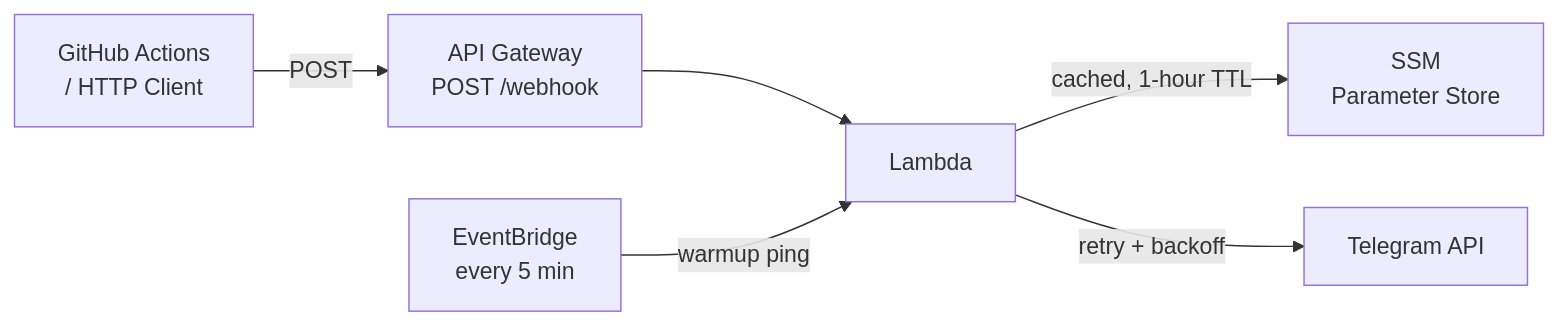
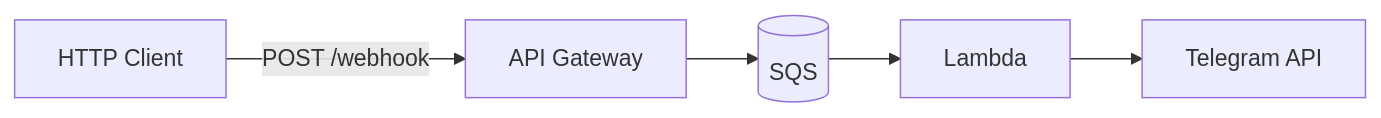
Before and after one commit to domengabrovsek/telegram-notify-bot: the diagram in README.md, drawn with Mermaid. The commit also changed other lines of this file and 29 other files, not shown here.

````diff
--- a/README.md
+++ b/README.md
@@ -7,15 +7,13 @@
 ```mermaid
 flowchart LR
-    Caller["GitHub Actions\n/ HTTP Client"]
-    APIGW["API Gateway\nPOST /webhook"]
-    Lambda["Lambda"]
-    SSM["SSM\nParameter Store"]
-    Telegram["Telegram API"]
-    EB["EventBridge\nevery 5 min"]
+    Caller[HTTP Client]
+    APIGW[API Gateway]
+    SQS[(SQS)]
+    Lambda[Lambda]
+    Telegram[Telegram API]
 
-    Caller -->|POST| APIGW
-    APIGW --> Lambda
-    Lambda -->|cached, 1-hour TTL| SSM
-    Lambda -->|retry + backoff| Telegram
-    EB -->|warmup ping| Lambda
+    Caller -- POST /webhook --> APIGW
+    APIGW --> SQS
+    SQS --> Lambda
+    Lambda --> Telegram
 ```
````
